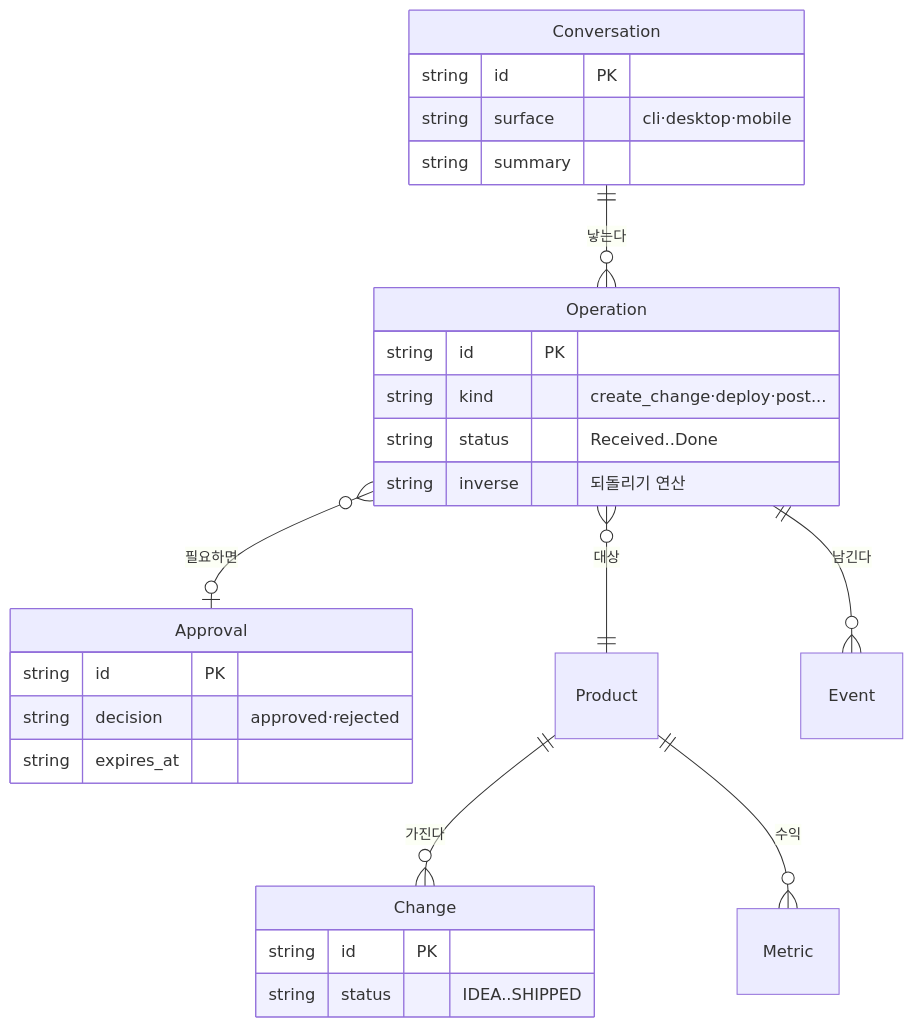
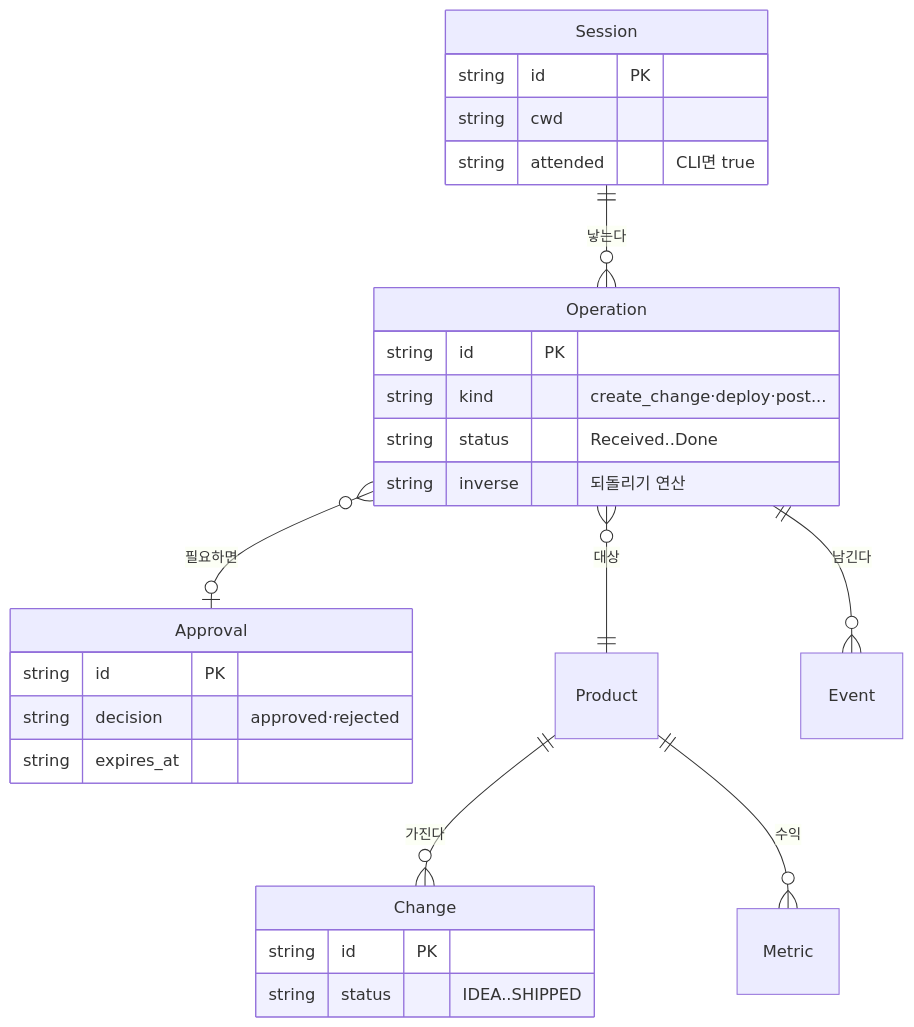
The seventh of 10 diagrams in docs/domain/xita-agent-os/index.md (wjchoi87/xita), drawn with Mermaid before and after one commit. The commit also changed other lines of this file and 1 other file, not shown here.

Commit message:
Docs: domain map — code sync with xita-app/core 2ce7655 and desktop 3f37c7f (implemented vs [미구현], current code paths, xitad memory measurement)

````diff
--- a/docs/domain/xita-agent-os/index.md
+++ b/docs/domain/xita-agent-os/index.md
@@ -162,29 +183,29 @@
 ```mermaid
 erDiagram
-  Conversation ||--o{ Operation : "낳는다"
+  Session ||--o{ Operation : "낳는다"
   Operation }o--o| Approval : "필요하면"
   Operation }o--|| Product : "대상"
   Operation ||--o{ Event : "남긴다"
   Product ||--o{ Change : "가진다"
   Product ||--o{ Metric : "수익"
-  Conversation {
+  Session {
     string id PK
-    string surface "cli·desktop·mobile"
-    string summary
+    string cwd
+    string attended "CLI면 true"
   }
   Operation {
     string id PK
     string kind "create_change·deploy·post..."
     string status "Received..Done"
     string inverse "되돌리기 연산"
   }
   Approval {
     string id PK
     string decision "approved·rejected"
     string expires_at
   }
   Change {
     string id PK
     string status "IDEA..SHIPPED"
   }
 ```
````
